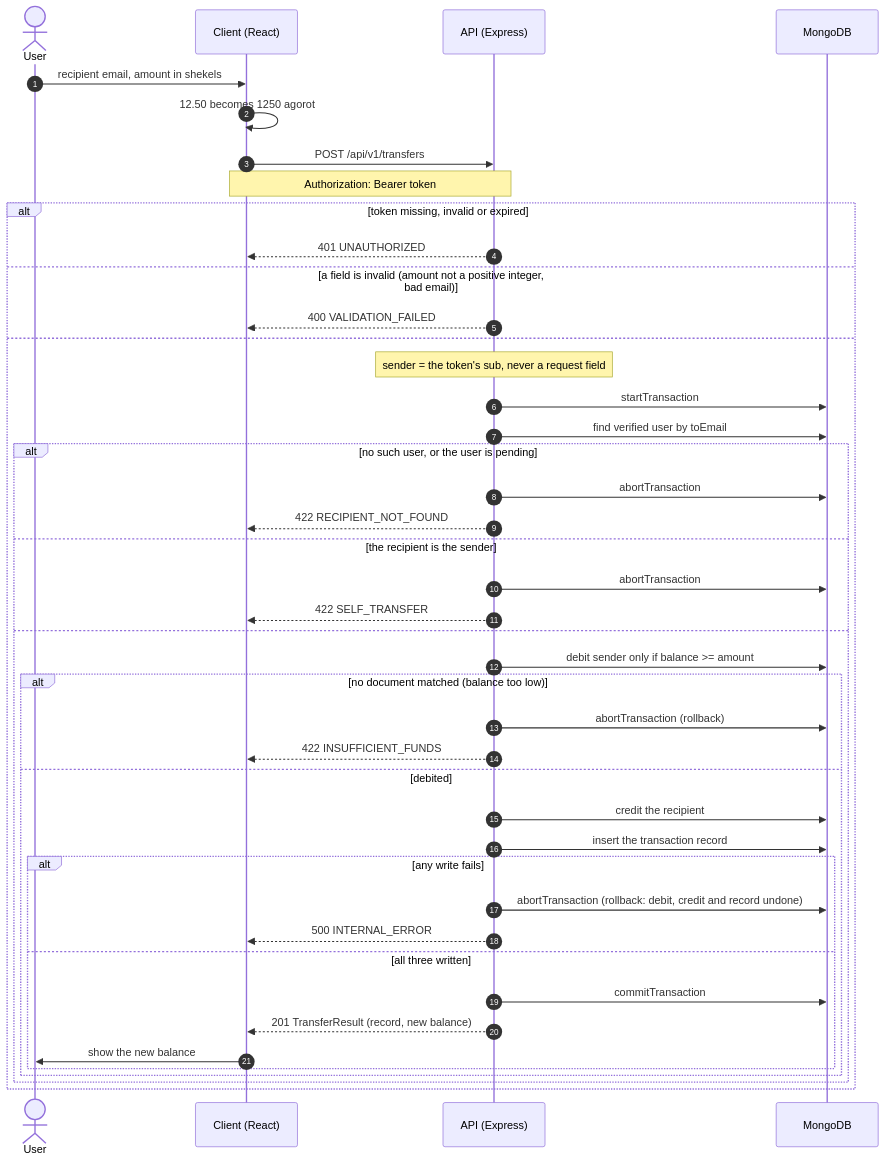
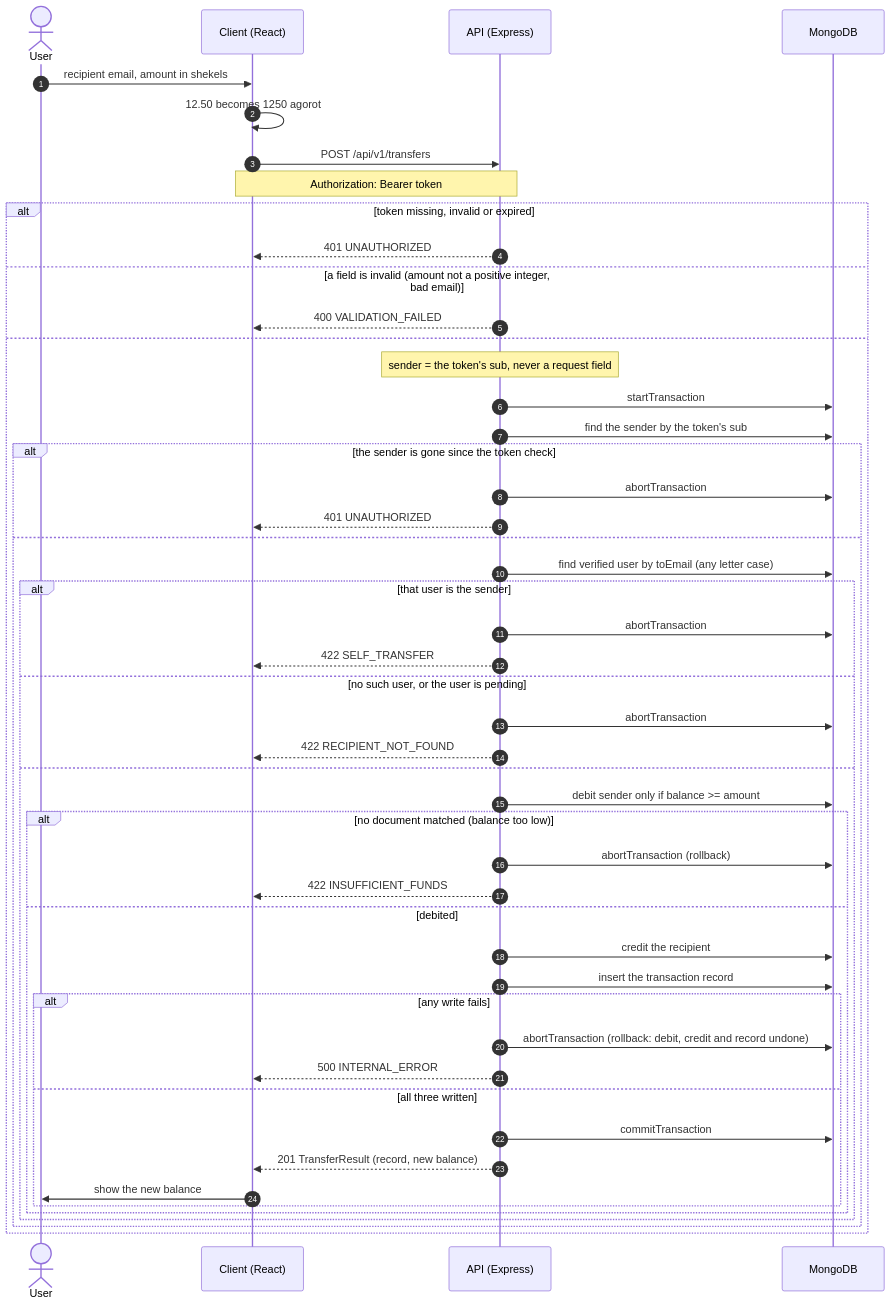
The diagram in docs/diagrams/transfer.md (NimbleShot/web-banking-app), drawn with Mermaid before and after one commit. The commit also changed 14 other files, not shown here.

````diff
--- a/docs/diagrams/transfer.md
+++ b/docs/diagrams/transfer.md
@@ -9,46 +9,52 @@
 ```mermaid
 sequenceDiagram
     autonumber
     actor U as User
     participant C as Client (React)
     participant API as API (Express)
     participant DB as MongoDB
 
     U->>C: recipient email, amount in shekels
     C->>C: 12.50 becomes 1250 agorot
     C->>API: POST /api/v1/transfers
     Note over C,API: Authorization: Bearer token
     alt token missing, invalid or expired
         API-->>C: 401 UNAUTHORIZED
     else a field is invalid (amount not a positive integer, bad email)
         API-->>C: 400 VALIDATION_FAILED
     else
         Note over API: sender = the token's sub, never a request field
         API->>DB: startTransaction
-        API->>DB: find verified user by toEmail
-        alt no such user, or the user is pending
+        API->>DB: find the sender by the token's sub
+        alt the sender is gone since the token check
             API->>DB: abortTransaction
-            API-->>C: 422 RECIPIENT_NOT_FOUND
-        else the recipient is the sender
-            API->>DB: abortTransaction
-            API-->>C: 422 SELF_TRANSFER
+            API-->>C: 401 UNAUTHORIZED
         else
-            API->>DB: debit sender only if balance >= amount
-            alt no document matched (balance too low)
-                API->>DB: abortTransaction (rollback)
-                API-->>C: 422 INSUFFICIENT_FUNDS
-            else debited
-                API->>DB: credit the recipient
-                API->>DB: insert the transaction record
-                alt any write fails
-                    API->>DB: abortTransaction (rollback: debit, credit and record undone)
-                    API-->>C: 500 INTERNAL_ERROR
-                else all three written
-                    API->>DB: commitTransaction
-                    API-->>C: 201 TransferResult (record, new balance)
-                    C->>U: show the new balance
+            API->>DB: find verified user by toEmail (any letter case)
+            alt that user is the sender
+                API->>DB: abortTransaction
+                API-->>C: 422 SELF_TRANSFER
+            else no such user, or the user is pending
+                API->>DB: abortTransaction
+                API-->>C: 422 RECIPIENT_NOT_FOUND
+            else
+                API->>DB: debit sender only if balance >= amount
+                alt no document matched (balance too low)
+                    API->>DB: abortTransaction (rollback)
+                    API-->>C: 422 INSUFFICIENT_FUNDS
+                else debited
+                    API->>DB: credit the recipient
+                    API->>DB: insert the transaction record
+                    alt any write fails
+                        API->>DB: abortTransaction (rollback: debit, credit and record undone)
+                        API-->>C: 500 INTERNAL_ERROR
+                    else all three written
+                        API->>DB: commitTransaction
+                        API-->>C: 201 TransferResult (record, new balance)
+                        C->>U: show the new balance
+                    end
                 end
             end
         end
     end
 ```
````
